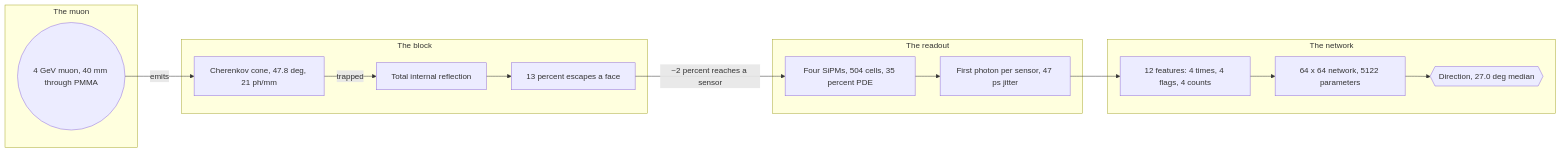
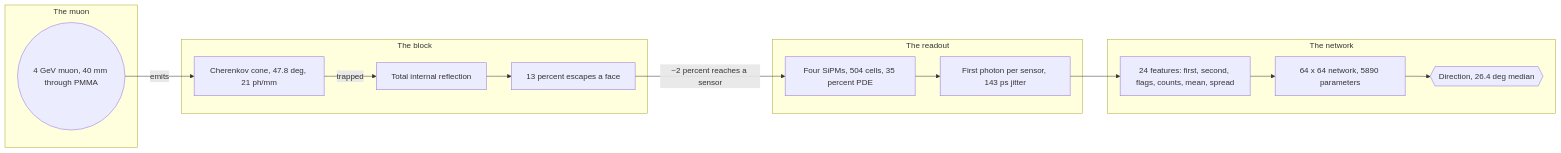
Before and after one commit to oskuhansson/CanLab: the diagram in docs/muon/overview.md, drawn with Mermaid. The commit also changed other lines of this file and 11 other files, not shown here.

````diff
--- a/docs/muon/overview.md
+++ b/docs/muon/overview.md
@@ -31,28 +33,28 @@
 ```mermaid
 flowchart LR
     subgraph G_MUON["The muon"]
         MUON(("4 GeV muon, 40 mm through PMMA"))
     end
     subgraph G_LIGHT["The block"]
         CONE["Cherenkov cone, 47.8 deg, 21 ph/mm"]
         TIR["Total internal reflection"]
         FACE["13 percent escapes a face"]
     end
     subgraph G_SENSOR["The readout"]
         SIPM["Four SiPMs, 504 cells, 35 percent PDE"]
-        TDC["First photon per sensor, 47 ps jitter"]
+        TDC["First photon per sensor, 143 ps jitter"]
     end
     subgraph G_NET["The network"]
-        FEAT["12 features: 4 times, 4 flags, 4 counts"]
-        MLP["64 x 64 network, 5122 parameters"]
-        DIR{{"Direction, 27.0 deg median"}}
+        FEAT["24 features: first, second, flags, counts, mean, spread"]
+        MLP["64 x 64 network, 5890 parameters"]
+        DIR{{"Direction, 26.4 deg median"}}
     end
     MUON -->|"emits"| CONE
     CONE -->|"trapped"| TIR
     TIR --> FACE
     FACE -->|"~2 percent reaches a sensor"| SIPM
     SIPM --> TDC
     TDC --> FEAT
     FEAT --> MLP
     MLP --> DIR
 ```
````
